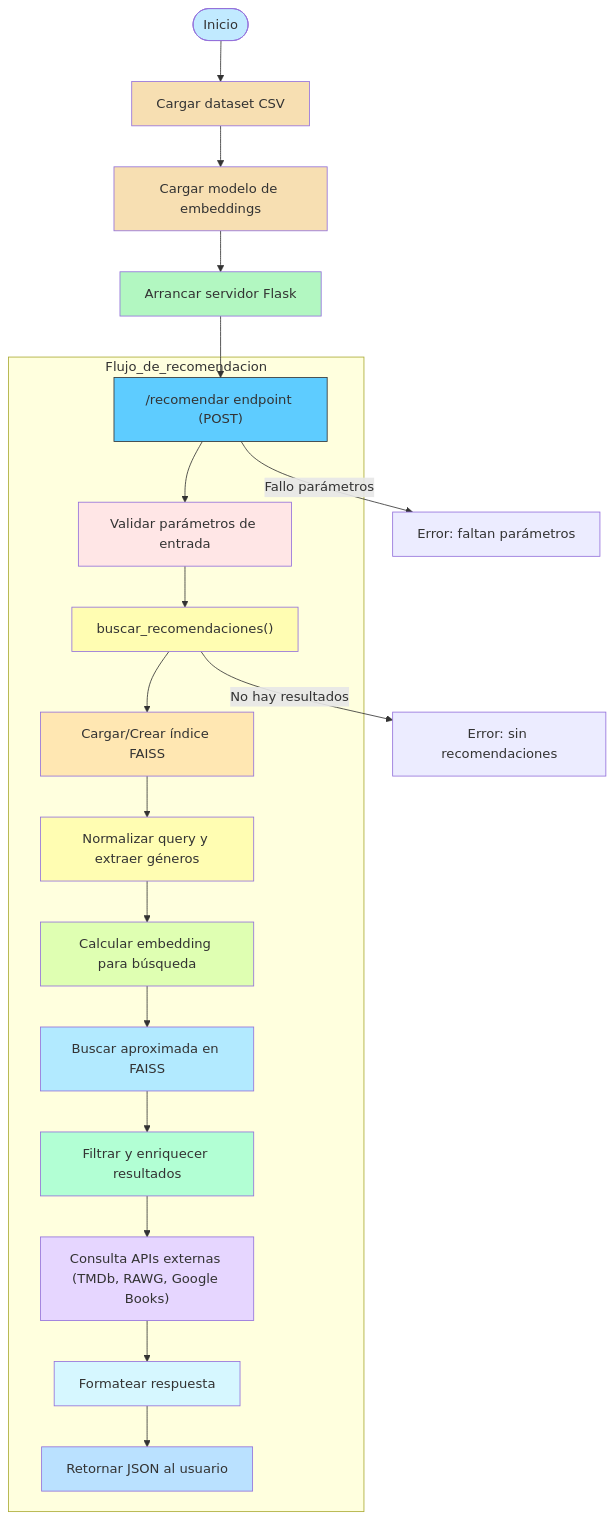
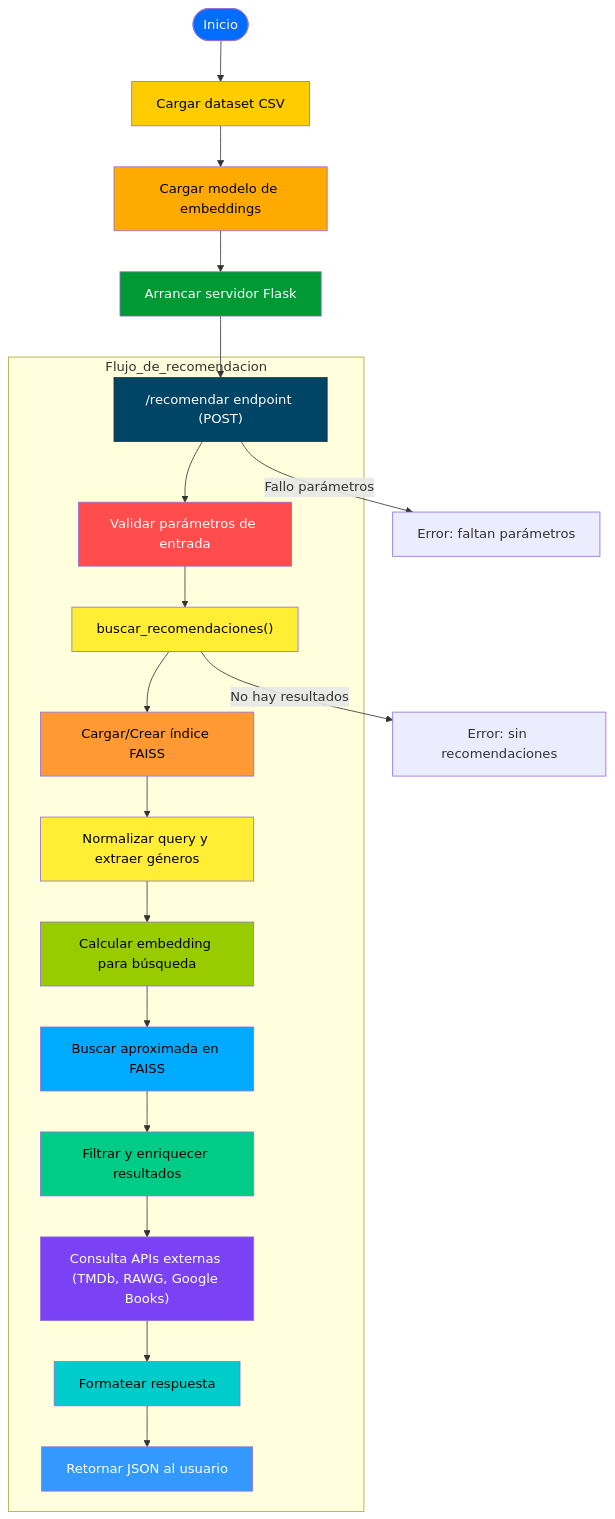
The diagram in README.md (GerardoBlazquez/Sistema-de-Recomendaciones-Cruzadas), drawn with Mermaid before and after one commit. The commit also changed other lines of this file, not shown here.

````diff
--- a/README.md
+++ b/README.md
@@ -45,46 +47,47 @@
 ```mermaid
 flowchart TD
     INICIO([Inicio])
     LOAD_DATASET["Cargar dataset CSV"]
     LOAD_MODEL["Cargar modelo de embeddings"]
     START_FLASK["Arrancar servidor Flask"]
     RECOMENDAR_ENDPOINT["/recomendar endpoint (POST)"]
 
     INICIO --> LOAD_DATASET
     LOAD_DATASET --> LOAD_MODEL
     LOAD_MODEL --> START_FLASK
     START_FLASK --> RECOMENDAR_ENDPOINT
 
     subgraph Flujo_de_recomendacion
         RECOMENDAR_ENDPOINT --> VALIDA_PARAMS["Validar parámetros de entrada"]
         VALIDA_PARAMS --> BUSCA_RECOMENDACIONES["buscar_recomendaciones()"]
         BUSCA_RECOMENDACIONES --> DATOS_INDEX["Cargar/Crear índice FAISS"]
         DATOS_INDEX --> NORMALIZA_QUERY["Normalizar query y extraer géneros"]
         NORMALIZA_QUERY --> CALC_EMBEDDING["Calcular embedding para búsqueda"]
         CALC_EMBEDDING --> FAISS_SEARCH["Buscar aproximada en FAISS"]
         FAISS_SEARCH --> FILTRA_RESULTADOS["Filtrar y enriquecer resultados"]
         FILTRA_RESULTADOS --> EXTERNAL_API["Consulta APIs externas (TMDb, RAWG, Google Books)"]
         EXTERNAL_API --> FORMATEA_RESPONSE["Formatear respuesta"]
         FORMATEA_RESPONSE --> RETURN_JSON["Retornar JSON al usuario"]
     end
 
     RECOMENDAR_ENDPOINT -->|Fallo parámetros| ERROR_PARAMS["Error: faltan parámetros"]
     BUSCA_RECOMENDACIONES -->|No hay resultados| ERROR_NO_RESULTS["Error: sin recomendaciones"]
 
-    style INICIO fill:#c1eaff
-    style LOAD_DATASET fill:#f7dfb2
-    style LOAD_MODEL fill:#f7dfb2
-    style START_FLASK fill:#b2f7c1
-    style RECOMENDAR_ENDPOINT fill:#5eccff,stroke:#333
+    %% Estilos con más contraste
+    style INICIO fill:#006dff,color:#ffffff
+    style LOAD_DATASET fill:#ffcc00,color:#000000
+    style LOAD_MODEL fill:#ffaa00,color:#000000
+    style START_FLASK fill:#009933,color:#ffffff
+    style RECOMENDAR_ENDPOINT fill:#004466,stroke:#333,color:#ffffff
 
-    style VALIDA_PARAMS fill:#ffe6e6
-    style BUSCA_RECOMENDACIONES fill:#fffdb2
-    style DATOS_INDEX fill:#ffe7b2
-    style NORMALIZA_QUERY fill:#fffdb2
-    style CALC_EMBEDDING fill:#dfffb2
-    style FAISS_SEARCH fill:#b2eaff
-    style FILTRA_RESULTADOS fill:#b2ffd4
-    style EXTERNAL_API fill:#e6d6ff
-    style FORMATEA_RESPONSE fill:#d6f7ff
-    style RETURN_JSON fill:#bae1ff
+    style VALIDA_PARAMS fill:#ff4d4d,color:#ffffff
+    style BUSCA_RECOMENDACIONES fill:#ffee33,color:#000000
+    style DATOS_INDEX fill:#ff9933,color:#000000
+    style NORMALIZA_QUERY fill:#ffee33,color:#000000
+    style CALC_EMBEDDING fill:#99cc00,color:#000000
+    style FAISS_SEARCH fill:#00aaff,color:#000000
+    style FILTRA_RESULTADOS fill:#00cc88,color:#000000
+    style EXTERNAL_API fill:#7a42f4,color:#ffffff
+    style FORMATEA_RESPONSE fill:#00cccc,color:#000000
+    style RETURN_JSON fill:#3399ff,color:#ffffff
 ```
````
